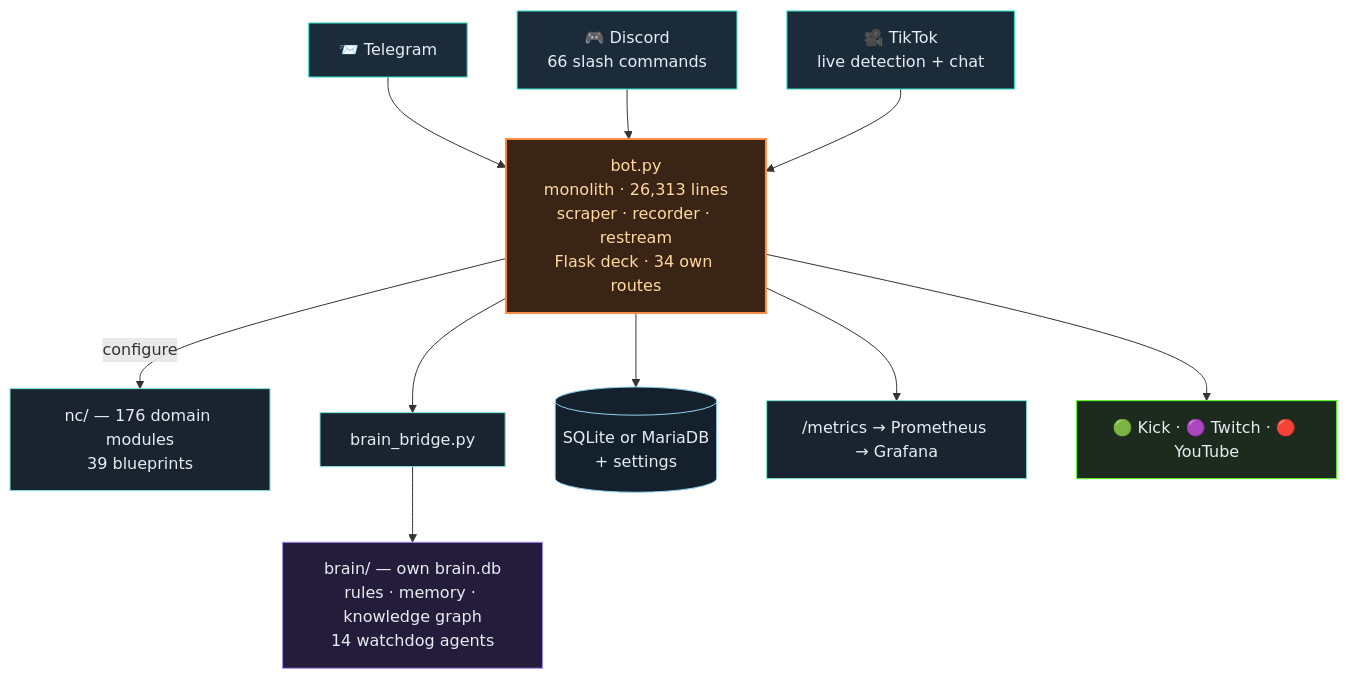
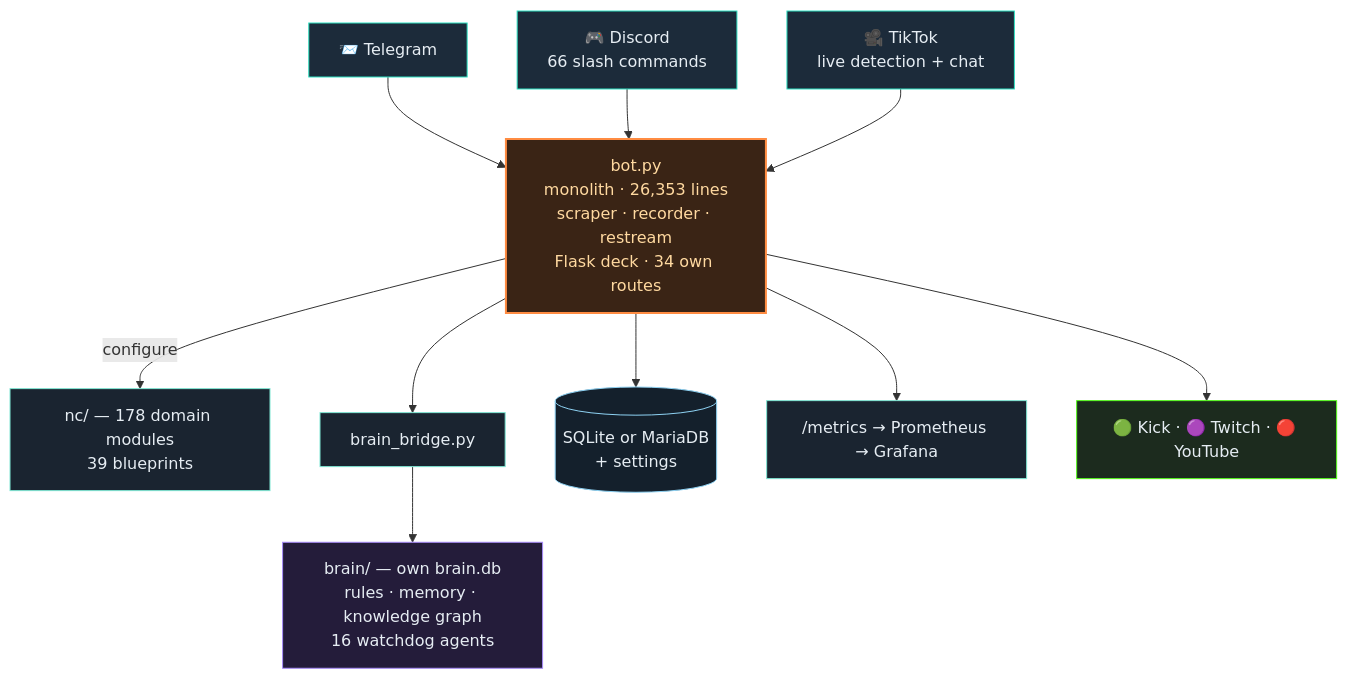
The second of 3 diagrams in README.en.md (itsamemedev/Telegram-Stream-Info-Bot), drawn with Mermaid before and after one commit. The commit also changed other lines of this file and 32 other files, not shown here.

````diff
--- a/README.en.md
+++ b/README.en.md
@@ -119,19 +119,19 @@
 ```mermaid
 flowchart TB
     TG["📨 Telegram"]:::ein --> BOT
     DC["🎮 Discord<br/>66 slash commands"]:::ein --> BOT
     TT["🎥 TikTok<br/>live detection + chat"]:::ein --> BOT
-    BOT["bot.py<br/>monolith · 26,313 lines<br/>scraper · recorder · restream<br/>Flask deck · 34 own routes"]:::core
-    BOT -->|configure| NC["nc/ — 176 domain modules<br/>39 blueprints"]:::lib
+    BOT["bot.py<br/>monolith · 26,353 lines<br/>scraper · recorder · restream<br/>Flask deck · 34 own routes"]:::core
+    BOT -->|configure| NC["nc/ — 178 domain modules<br/>39 blueprints"]:::lib
     BOT --> BR["brain_bridge.py"]:::lib
-    BR --> BRAIN["brain/ — own brain.db<br/>rules · memory · knowledge graph<br/>14 watchdog agents"]:::brain
+    BR --> BRAIN["brain/ — own brain.db<br/>rules · memory · knowledge graph<br/>16 watchdog agents"]:::brain
     BOT --> DB[("SQLite or MariaDB<br/>+ settings")]:::db
     BOT --> PROM["/metrics → Prometheus → Grafana"]:::lib
     BOT --> OUT["🟢 Kick · 🟣 Twitch · 🔴 YouTube"]:::out
     classDef ein fill:#1c2b3a,stroke:#2de1c2,color:#e6edf3
     classDef core fill:#3a2415,stroke:#ff8c42,stroke-width:2px,color:#ffd9a0
     classDef lib fill:#1a2430,stroke:#7fe7d4,color:#e6edf3
     classDef brain fill:#241c3a,stroke:#a78bfa,color:#e6edf3
     classDef db fill:#14202c,stroke:#8fd3f4,color:#e6edf3
     classDef out fill:#1c2b1e,stroke:#53fc18,color:#e6edf3
 ```
````
